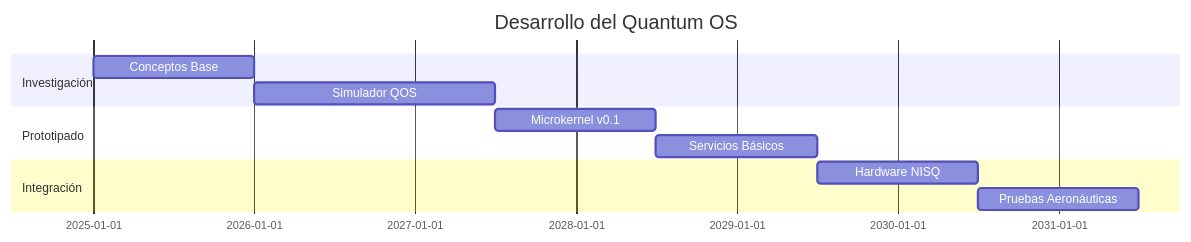
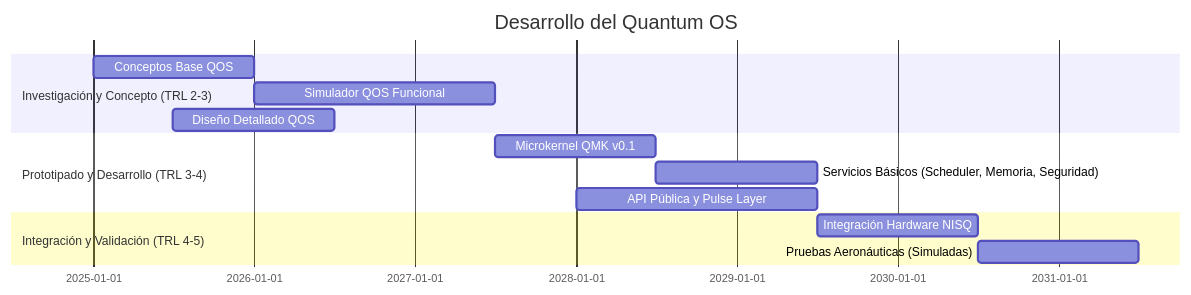
The sixth of 7 diagrams in PRODUCT_LINES/QUANTUM/QUANTUM_SOFTWARE/CONCEPT/ARCHITECTURE/QUA-QSOFT-25SVD0001-CON-BOB-R&I-TD-QCSAA-901-020-00-01-TPL-CON-012-QSCI-v1.0.0.md (Robbbo-T/A-Q-U-A_V), drawn with Mermaid before and after one commit. The commit also changed other lines of this file, not shown here.

````diff
--- a/PRODUCT_LINES/QUANTUM/QUANTUM_SOFTWARE/CONCEPT/ARCHITECTURE/QUA-QSOFT-25SVD0001-CON-BOB-R&I-TD-QCSAA-901-020-00-01-TPL-CON-012-QSCI-v1.0.0.md
+++ b/PRODUCT_LINES/QUANTUM/QUANTUM_SOFTWARE/CONCEPT/ARCHITECTURE/QUA-QSOFT-25SVD0001-CON-BOB-R&I-TD-QCSAA-901-020-00-01-TPL-CON-012-QSCI-v1.0.0.md
@@ -585,17 +904,19 @@
 ```mermaid
 gantt
     title Desarrollo del Quantum OS
     dateFormat  YYYY-MM
     
-    section Investigación
-    Conceptos Base          :2025-01, 12M
-    Simulador QOS          :2026-01, 18M
+    section Investigación y Concepto (TRL 2-3)
+    Conceptos Base QOS          :2025-01, 12M
+    Simulador QOS Funcional     :2026-01, 18M
+    Diseño Detallado QOS        :2025-07, 12M
+
+    section Prototipado y Desarrollo (TRL 3-4)
+    Microkernel QMK v0.1       :2027-07, 12M
+    Servicios Básicos (Scheduler, Memoria, Seguridad) :2028-07, 12M
+    API Pública y Pulse Layer  :2028-01, 18M
     
-    section Prototipado
-    Microkernel v0.1       :2027-07, 12M
-    Servicios Básicos      :2028-07, 12M
-    
-    section Integración
-    Hardware NISQ          :2029-07, 12M
-    Pruebas Aeronáuticas   :2030-07, 12M
+    section Integración y Validación (TRL 4-5)
+    Integración Hardware NISQ  :2029-07, 12M
+    Pruebas Aeronáuticas (Simuladas) :2030-07, 12M
 ```
````
